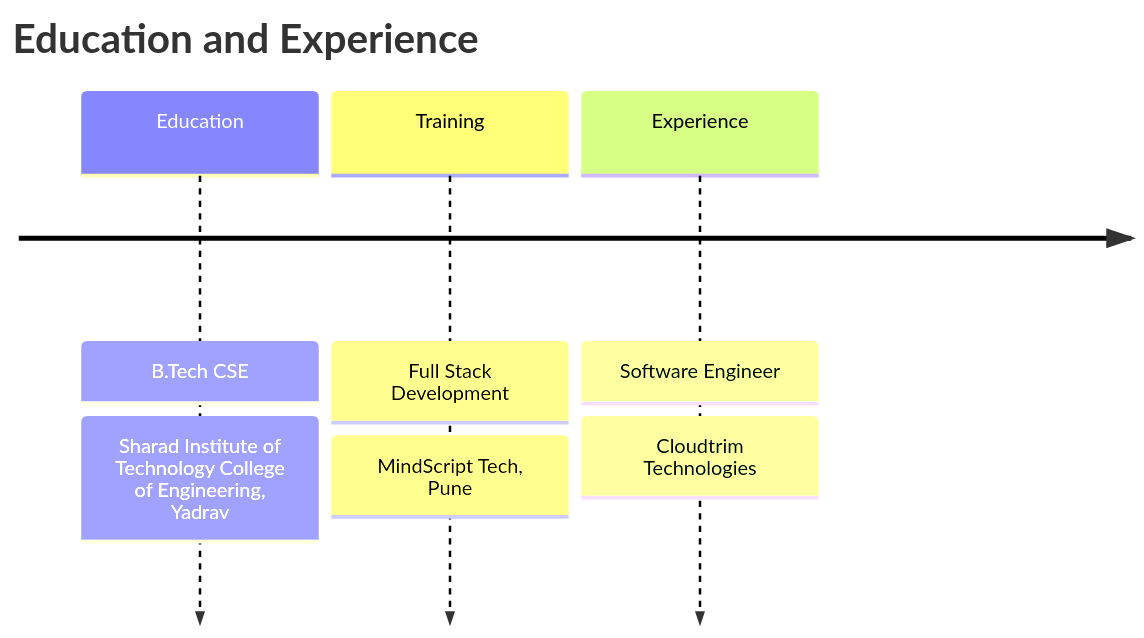
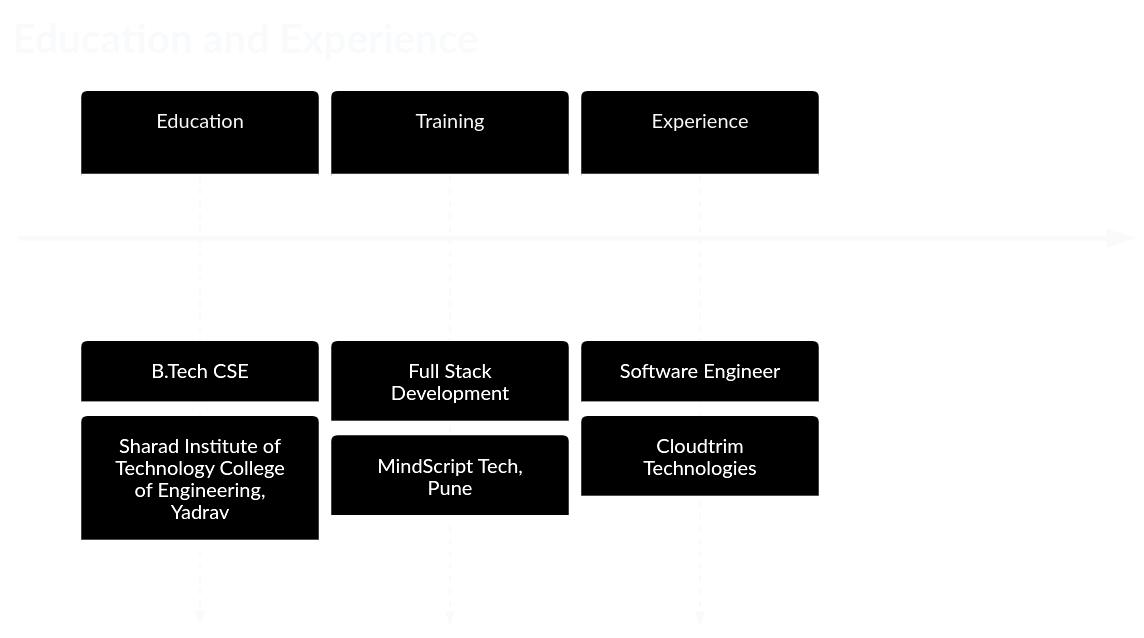
Before and after one commit to ShivamPisal/ShivamPisal: the diagram in README.md, drawn with Mermaid. The commit also changed 1 other file, not shown here.

Commit message:
Update profile color scheme

````diff
--- a/README.md
+++ b/README.md
@@ -160,7 +160,8 @@
 ```mermaid
+%%{init: {"theme": "base", "themeVariables": {"background": "#070A1A", "primaryColor": "#11143A", "primaryTextColor": "#F8FAFC", "primaryBorderColor": "#38BDF8", "lineColor": "#818CF8", "secondaryColor": "#172554", "tertiaryColor": "#2A1238", "fontFamily": "Segoe UI"}}}%%
 timeline
   title Education and Experience
   Education : B.Tech CSE : Sharad Institute of Technology College of Engineering, Yadrav
   Training : Full Stack Development : MindScript Tech, Pune
   Experience : Software Engineer : Cloudtrim Technologies
 ```
````
